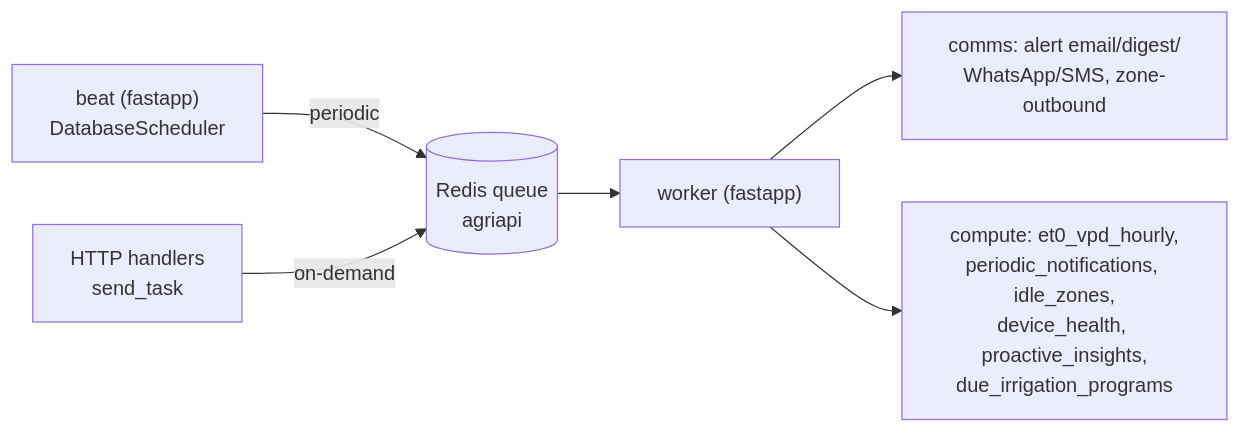
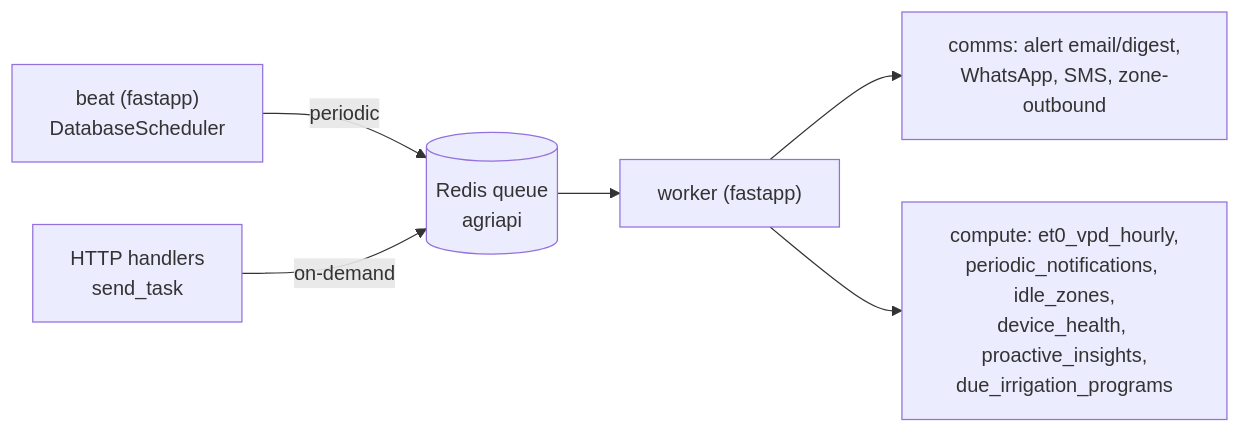
The seventh of 10 diagrams in ARCHITECTURE.md (AgriLogy/.github), drawn with Mermaid before and after one commit. The commit also changed other lines of this file and 1 other file, not shown here.

First line of the commit message:
docs: refresh ARCHITECTURE.md and add CONTRIBUTING.md (#5)

````diff
--- a/ARCHITECTURE.md
+++ b/ARCHITECTURE.md
@@ -192,9 +318,9 @@
 ```mermaid
 flowchart LR
     beat["beat (fastapp)<br/>DatabaseScheduler"] -->|periodic| Q[("Redis queue<br/>agriapi")]
     api["HTTP handlers<br/>send_task"] -->|on-demand| Q
     Q --> worker["worker (fastapp)"]
 
-    worker --> comms["comms: alert email/digest/<br/>WhatsApp/SMS, zone-outbound"]
+    worker --> comms["comms: alert email/digest,<br/>WhatsApp, SMS, zone-outbound"]
     worker --> compute["compute: et0_vpd_hourly,<br/>periodic_notifications, idle_zones,<br/>device_health, proactive_insights,<br/>due_irrigation_programs"]
 ```
````
